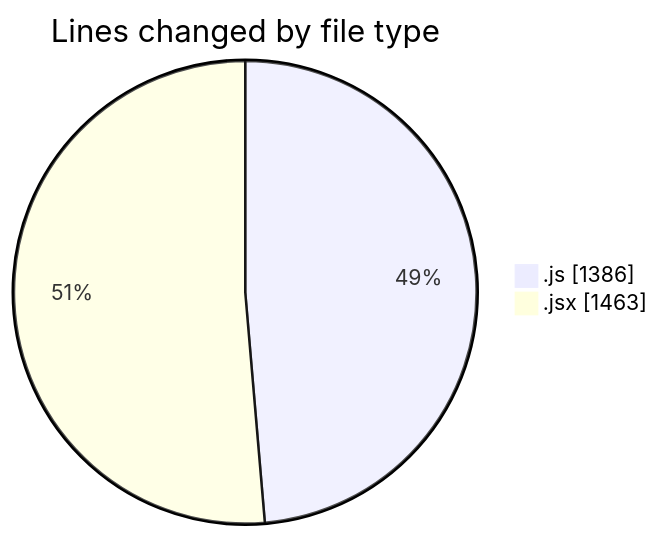
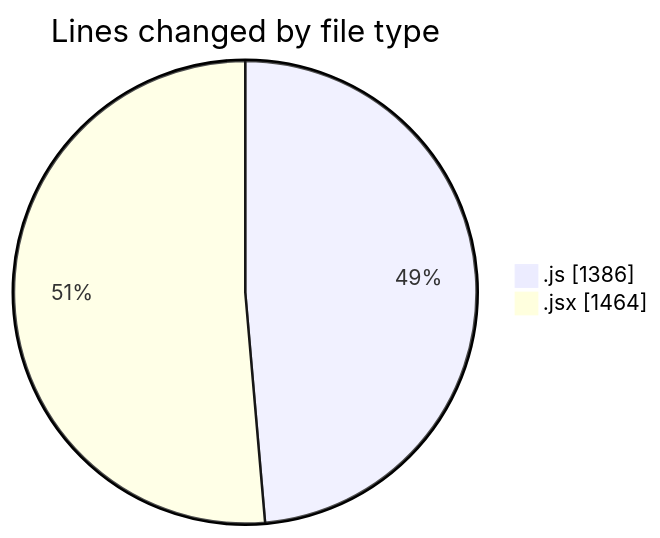
Before and after one commit to nxtqubesakshisongat/code-tracking: the first of 2 diagrams in 2025-07-29/nxtqube_webapp/README.md, drawn with Mermaid. The commit also changed other lines of this file and 1 other file, not shown here.

````diff
--- a/2025-07-29/nxtqube_webapp/README.md
+++ b/2025-07-29/nxtqube_webapp/README.md
@@ -27,6 +27,6 @@
 ```mermaid
 pie showData
 title Lines changed by file type
 ".js" : 1386
-".jsx" : 1463
+".jsx" : 1464
 ```
````
